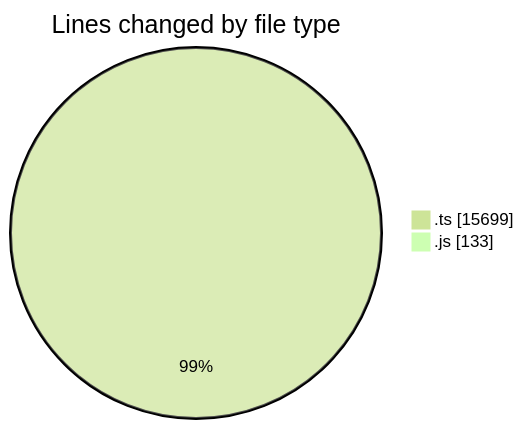
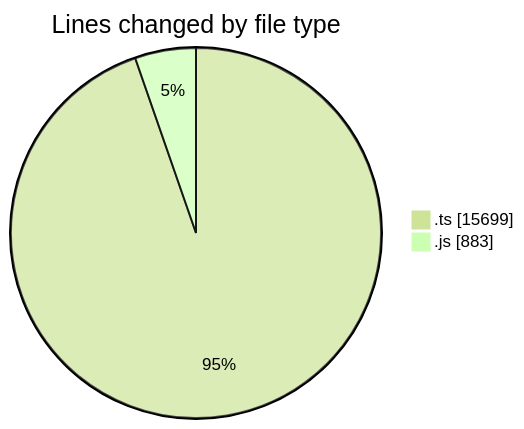
One commit to momahboobian/code-tracking changed the first of 2 diagrams in 2026-02-05/cda/README.md. Above: the diagram before and after it, drawn with Mermaid (forest theme). The commit also changed other lines of this file and 1 other file, not shown here.

````diff
--- a/2026-02-05/cda/README.md
+++ b/2026-02-05/cda/README.md
@@ -23,6 +24,6 @@
 ```mermaid
 pie showData
 title Lines changed by file type
 ".ts" : 15699
-".js" : 133
+".js" : 883
 ```
````
